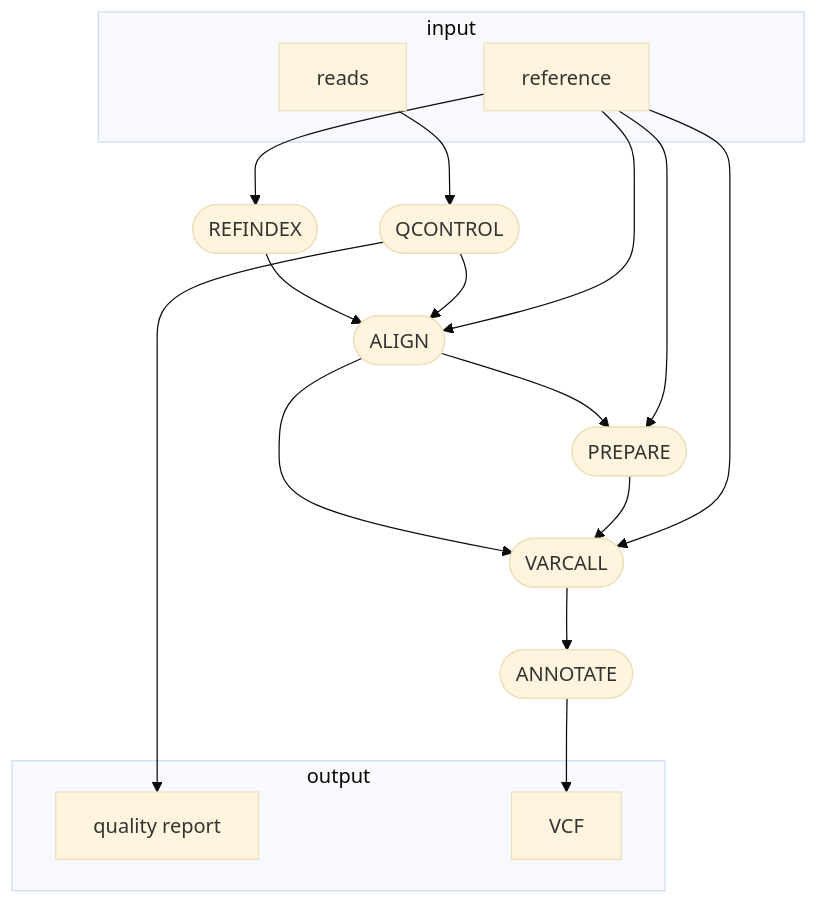
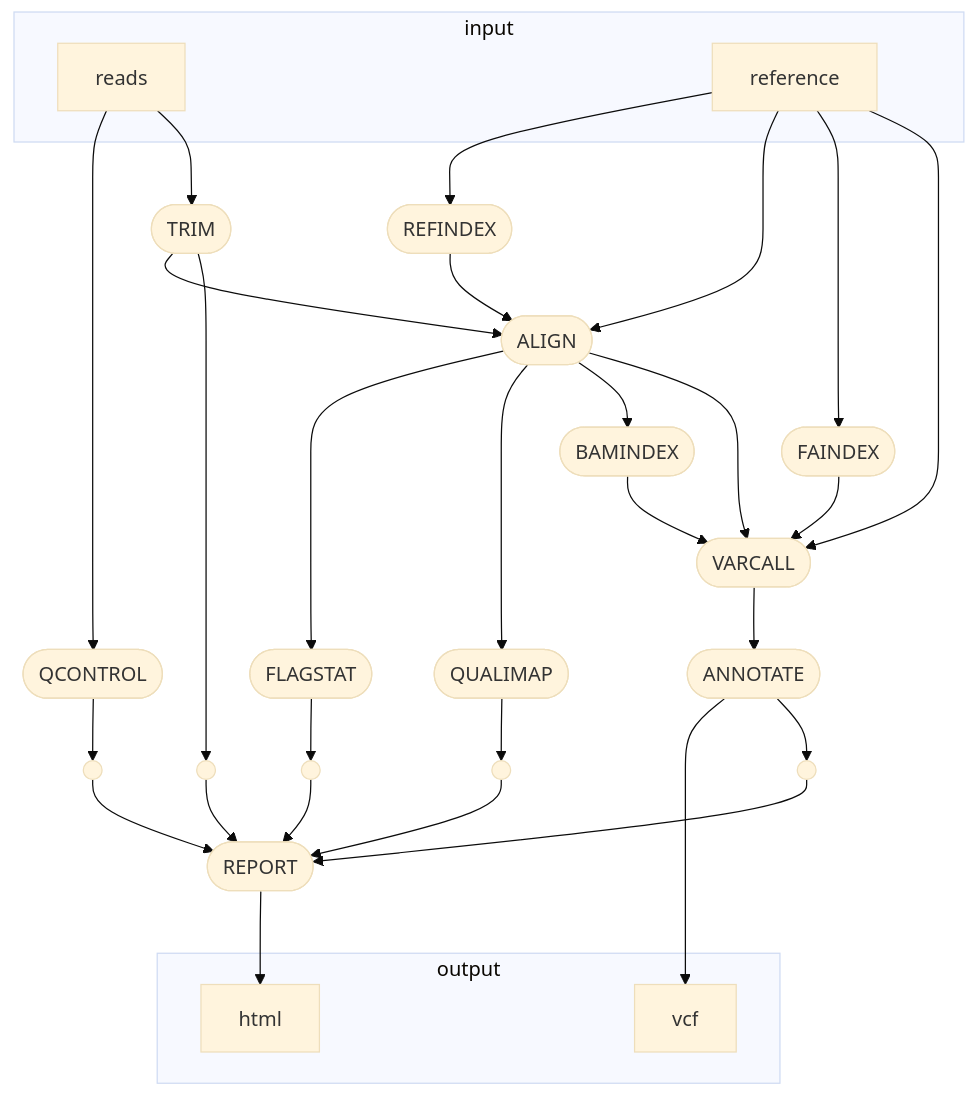
One commit to glebus-sasha/octopus_nf changed the diagram in README.md. Above: the diagram before and after it, drawn with Mermaid. The commit also changed other lines of this file, not shown here.

````diff
--- a/README.md
+++ b/README.md
@@ -5,31 +5,55 @@
 ```mermaid
 %%{init: {'theme':'base'}}%%
 flowchart TB
     subgraph "input"
     v0["reads"]
     v1["reference"]
     end
-    v2([REFINDEX])
     v3([QCONTROL])
     subgraph "output"
-    v4["quality report"]
-    v14["VCF"]
+    v18["vcf"]
+    v25["html"]
     end
-    v6([ALIGN])
-    v8([PREPARE])
-    v10([VARCALL])
-    v13([ANNOTATE])
+    v5([TRIM])
+    v8([ALIGN])
+    v9([FLAGSTAT])
+    v10([QUALIMAP])
+    v12([FAINDEX])
+    v13([BAMINDEX])
+    v14([VARCALL])
+    v17([ANNOTATE])
+    v24([REPORT])
+    v2([REFINDEX])
+    v19(( ))
+    v20(( ))
+    v21(( ))
+    v22(( ))
+    v23(( ))
     v0 --> v3
+    v0 --> v5
     v1 --> v2
-    v2 --> v6
-    v3 --> v6
-    v3 --> v4
-    v1 --> v6
-    v6 --> v8
-    v6 --> v10
+    v3 --> v20
+    v5 --> v8
+    v5 --> v19
     v1 --> v8
+    v2 --> v8
+    v8 --> v9
     v8 --> v10
-    v1 --> v10
-    v10 --> v13
+    v8 --> v13
+    v8 --> v14
+    v9 --> v21
+    v10 --> v22
+    v1 --> v12
+    v12 --> v14
     v13 --> v14
+    v1 --> v14
+    v14 --> v17
+    v17 --> v18
+    v17 --> v23
+    v19 --> v24
+    v20 --> v24
+    v21 --> v24
+    v22 --> v24
+    v23 --> v24
+    v24 --> v25
 ```
````
